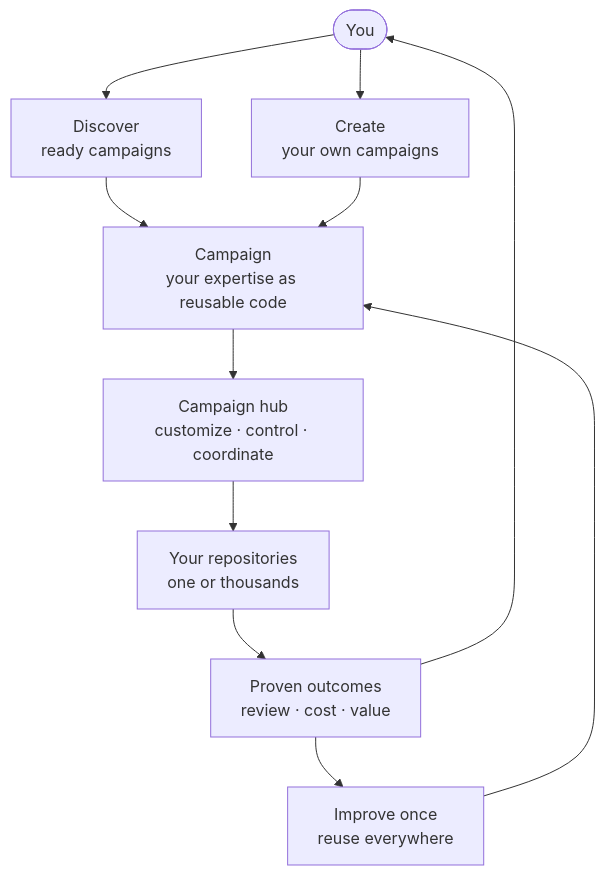
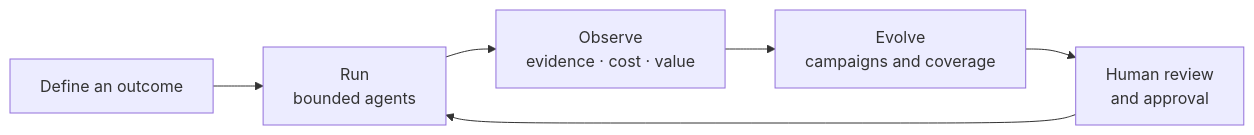
One commit to githubnext/gh-aw-cao changed the diagram in docs/architecture-at-a-glance.md. Above: the diagram before and after it, drawn with Mermaid. The commit also changed other lines of this file and 62 other files, not shown here.

````diff
--- a/docs/architecture-at-a-glance.md
+++ b/docs/architecture-at-a-glance.md
@@ -31,16 +32,10 @@
 ```mermaid
-flowchart TB
-  you(["You"])
-  ready["Discover<br/>ready campaigns"]
-  custom["Create<br/>your own campaigns"]
-  campaign["Campaign<br/>your expertise as reusable code"]
-  hub["Campaign hub<br/>customize · control · coordinate"]
-  estate["Your repositories<br/>one or thousands"]
-  outcomes["Proven outcomes<br/>review · cost · value"]
-  improve["Improve once<br/>reuse everywhere"]
+flowchart LR
+  outcome["Define an outcome"]
+  run["Run<br/>bounded agents"]
+  observe["Observe<br/>evidence · cost · value"]
+  evolve["Evolve<br/>campaigns and coverage"]
+  approve["Human review<br/>and approval"]
 
-  you --> ready --> campaign
-  you --> custom --> campaign
-  campaign --> hub --> estate --> outcomes --> you
-  outcomes --> improve --> campaign
+  outcome --> run --> observe --> evolve --> approve --> run
 ```
````
